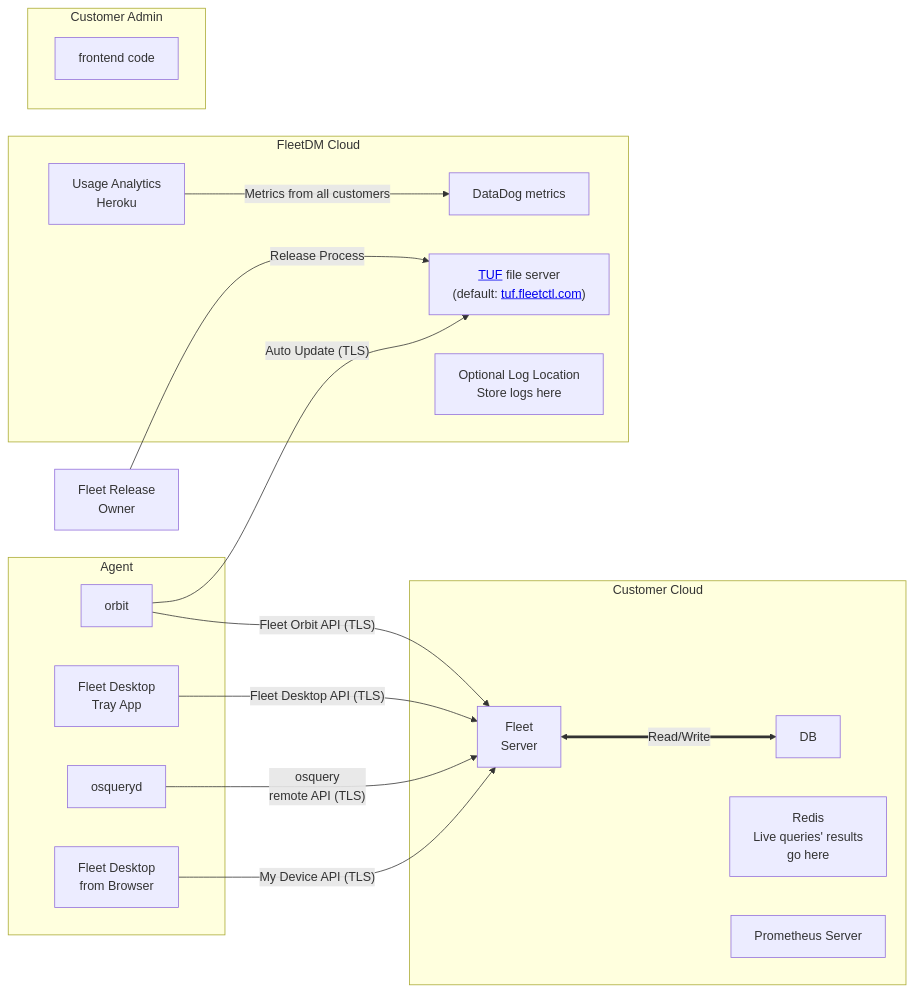
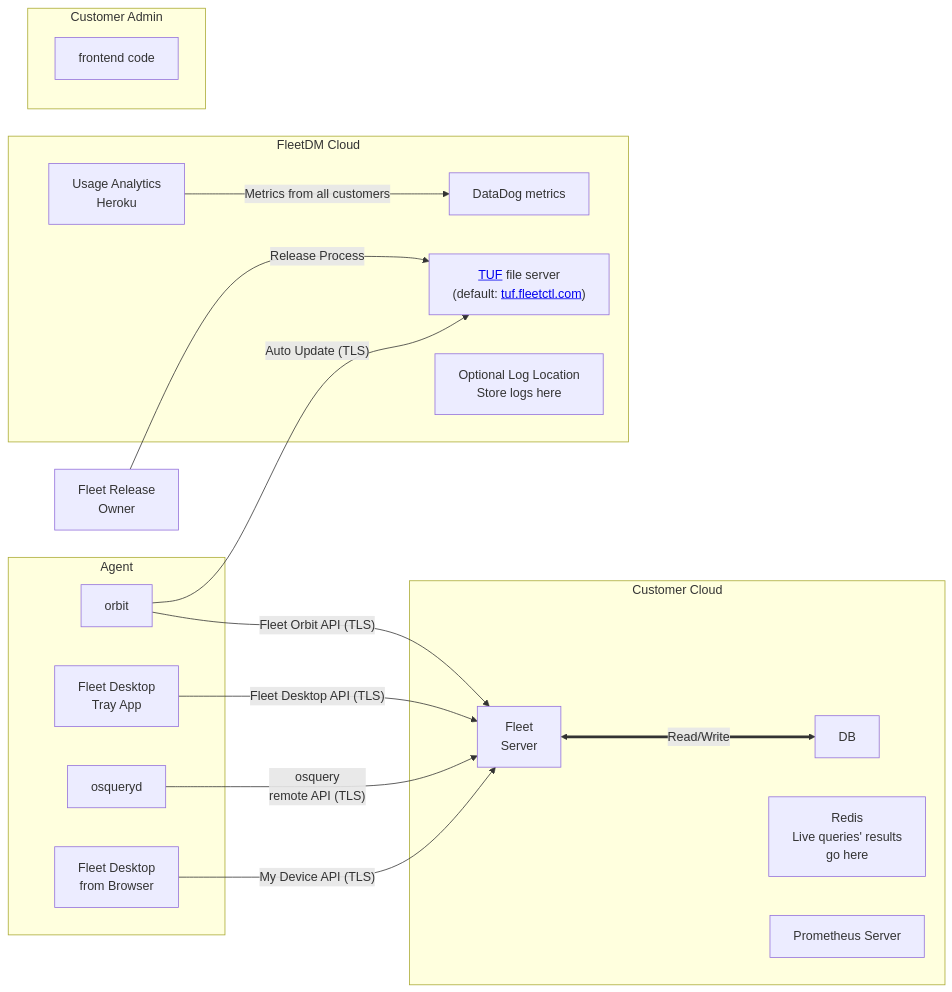
One commit to fleetdm/fleet changed the second of 2 diagrams in docs/Contributing/high-level-architecture.md. Above: the diagram before and after it, drawn with Mermaid.

````diff
--- a/docs/Contributing/high-level-architecture.md
+++ b/docs/Contributing/high-level-architecture.md
@@ -34,44 +34,44 @@
 ```mermaid
 graph LR;
     fleet_release_owner[Fleet Release<br>Owner];
 
     subgraph Agent
         orbit[orbit];
         desktop[Fleet Desktop<br>Tray App];
         osqueryd[osqueryd];
         desktop_browser[Fleet Desktop<br> from Browser];
     end
 
     subgraph Customer Cloud
         fleet_server[Fleet<br>Server];
         db[DB];
         redis[Redis<br>Live queries' results <br>go here];
         prometheus[Prometheus Server];
     end
 
     subgraph FleetDM Cloud
         tuf["<a href=https://theupdateframework.io/>TUF</a> file server<br>(default: <a href=https://tuf.fleetctl.com>tuf.fleetctl.com</a>)"];
         datadog[DataDog metrics]
         heroku[Usage Analytics<br>Heroku]
         log[Optional Log Location<br>Store logs here]
     end
 
     subgraph Customer Admin
         frontend[frontend code]
     end
 
 
     fleet_release_owner -- "Release Process" --> tuf;
 
     orbit -- "Fleet Orbit API (TLS)" --> fleet_server;
     orbit -- "Auto Update (TLS)" --> tuf;
     desktop -- "Fleet Desktop API (TLS)" --> fleet_server;
     osqueryd -- "osquery<br>remote API (TLS)" --> fleet_server;
     desktop_browser -- "My Device API (TLS)" --> fleet_server;
 
     heroku -- "Metrics from all customers" --> datadog;
 
-    fleet_server <== "Read/Write" ==> db;
+    fleet_server <== "Read/Write" ===> db;
 
 
 ```
````
